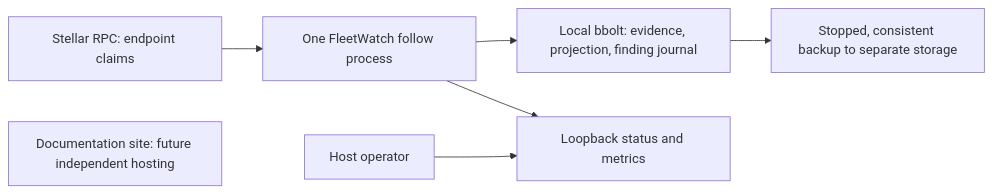
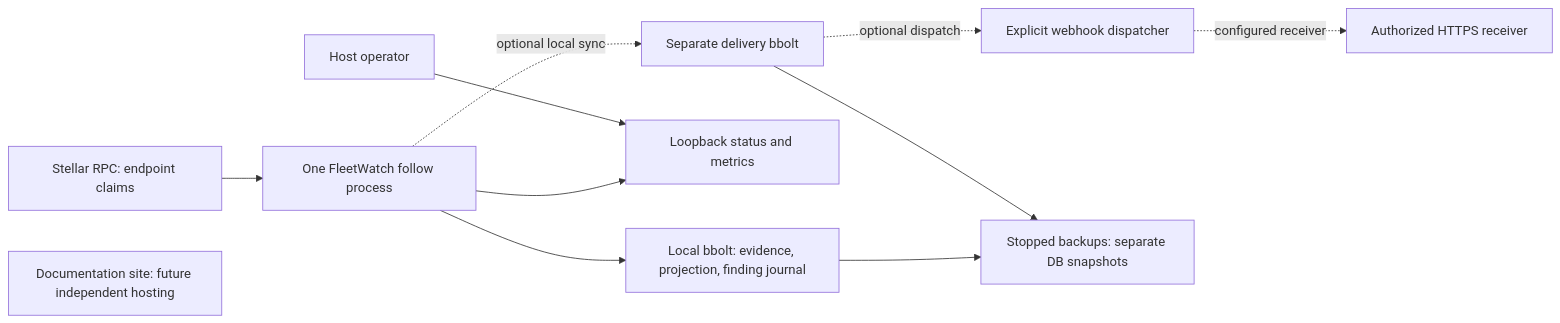
Before and after one commit to soroban-fleetwatch/fleetwatch: the diagram in docs/OPERATIONS.md, drawn with Mermaid. The commit also changed other lines of this file and 17 other files, not shown here.

Commit message:
feat(alert): add opt-in continuous follow webhook dispatcher

````diff
--- a/docs/OPERATIONS.md
+++ b/docs/OPERATIONS.md
@@ -9,9 +9,13 @@
 ```mermaid
 flowchart LR
   RPC[Stellar RPC: endpoint claims] --> Worker[One FleetWatch follow process]
   Worker --> Disk[Local bbolt: evidence, projection, finding journal]
   Worker --> Health[Loopback status and metrics]
   Operator[Host operator] --> Health
-  Disk --> Backup[Stopped, consistent backup to separate storage]
+  Worker -. optional local sync .-> Outbox[Separate delivery bbolt]
+  Outbox -. optional dispatch .-> Dispatcher[Explicit webhook dispatcher]
+  Dispatcher -. configured receiver .-> Receiver[Authorized HTTPS receiver]
+  Disk --> Backup[Stopped backups: separate DB snapshots]
+  Outbox --> Backup
   Docs[Documentation site: future independent hosting]
 ```
````
